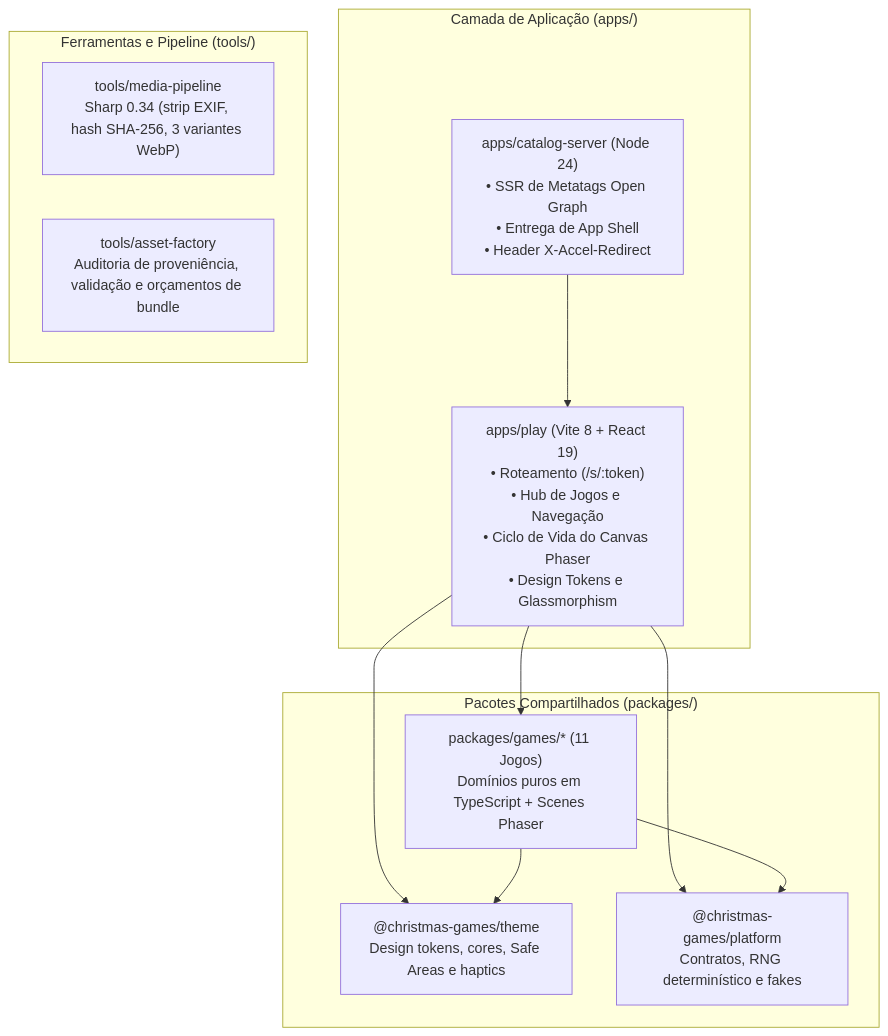
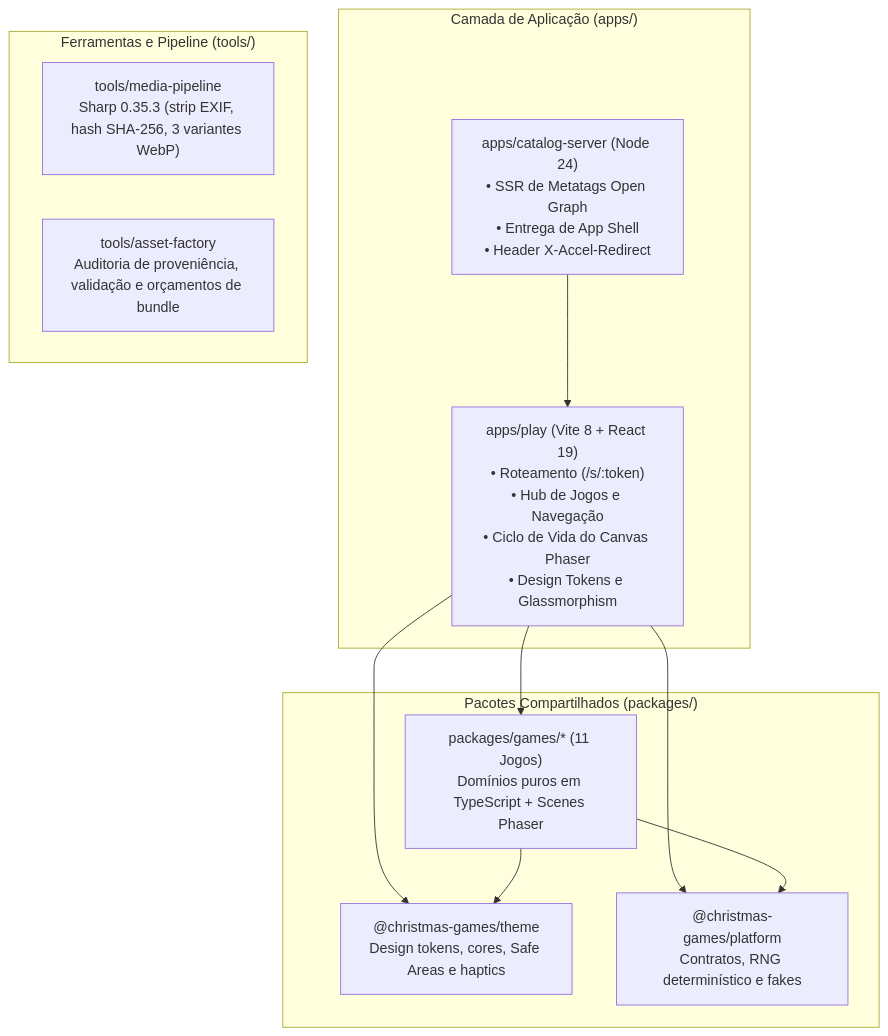
The diagram in README.md (hypeneural/gameplay), drawn with Mermaid before and after one commit. The commit also changed other lines of this file, not shown here.

````diff
--- a/README.md
+++ b/README.md
@@ -54,25 +53,25 @@
 ```mermaid
 flowchart TD
     subgraph Apps["Camada de Aplicação (apps/)"]
         PLAY["apps/play (Vite 8 + React 19)<br/>• Roteamento (/s/:token)<br/>• Hub de Jogos e Navegação<br/>• Ciclo de Vida do Canvas Phaser<br/>• Design Tokens e Glassmorphism"]
         CATALOG["apps/catalog-server (Node 24)<br/>• SSR de Metatags Open Graph<br/>• Entrega de App Shell<br/>• Header X-Accel-Redirect"]
     end
 
     subgraph Packages["Pacotes Compartilhados (packages/)"]
         THEME["@christmas-games/theme<br/>Design tokens, cores, Safe Areas e haptics"]
         PLATFORM["@christmas-games/platform<br/>Contratos, RNG determinístico e fakes"]
         GAMES["packages/games/* (11 Jogos)<br/>Domínios puros em TypeScript + Scenes Phaser"]
     end
 
     subgraph Tools["Ferramentas e Pipeline (tools/)"]
-        MEDIA["tools/media-pipeline<br/>Sharp 0.34 (strip EXIF, hash SHA-256, 3 variantes WebP)"]
+        MEDIA["tools/media-pipeline<br/>Sharp 0.35.3 (strip EXIF, hash SHA-256, 3 variantes WebP)"]
         FACTORY["tools/asset-factory<br/>Auditoria de proveniência, validação e orçamentos de bundle"]
     end
 
     PLAY --> THEME
     PLAY --> PLATFORM
     PLAY --> GAMES
     GAMES --> PLATFORM
     GAMES --> THEME
     CATALOG --> PLAY
 ```
````
